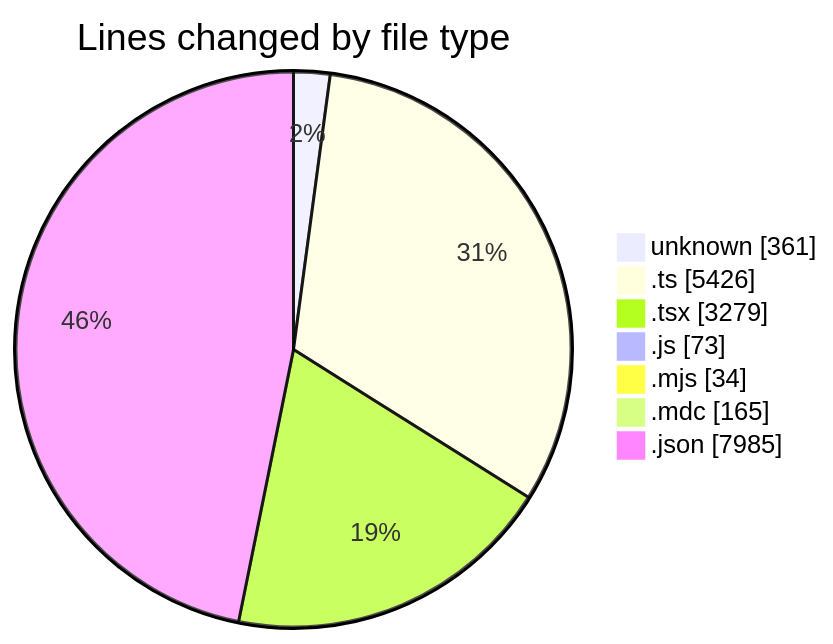
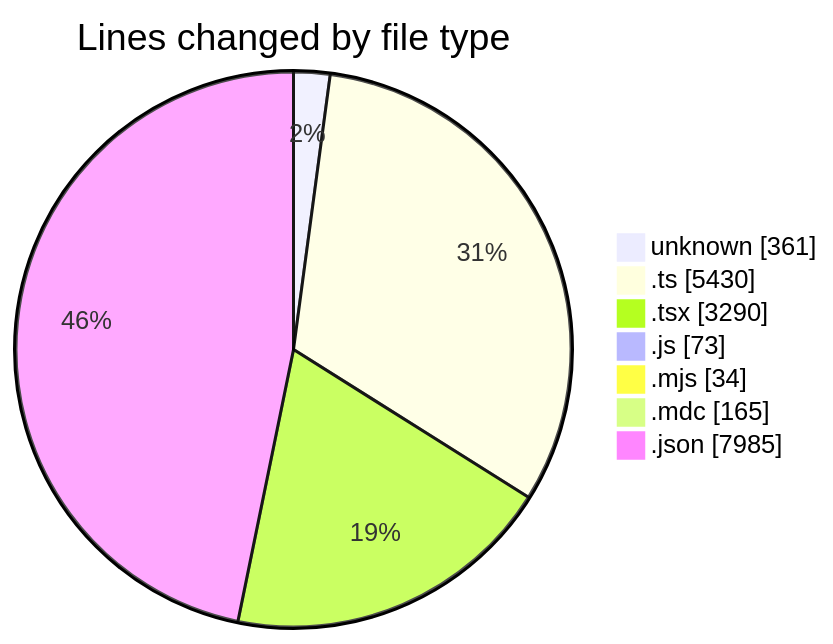
Before and after one commit to CELIANVF/code-tracking: the first of 2 diagrams in 2025-06-13/ecodeli-1/README.md, drawn with Mermaid. The commit also changed other lines of this file and 1 other file, not shown here.

````diff
--- a/2025-06-13/ecodeli-1/README.md
+++ b/2025-06-13/ecodeli-1/README.md
@@ -37,11 +37,11 @@
 ```mermaid
 pie showData
 title Lines changed by file type
 "unknown" : 361
-".ts" : 5426
-".tsx" : 3279
+".ts" : 5430
+".tsx" : 3290
 ".js" : 73
 ".mjs" : 34
 ".mdc" : 165
 ".json" : 7985
 ```
````
